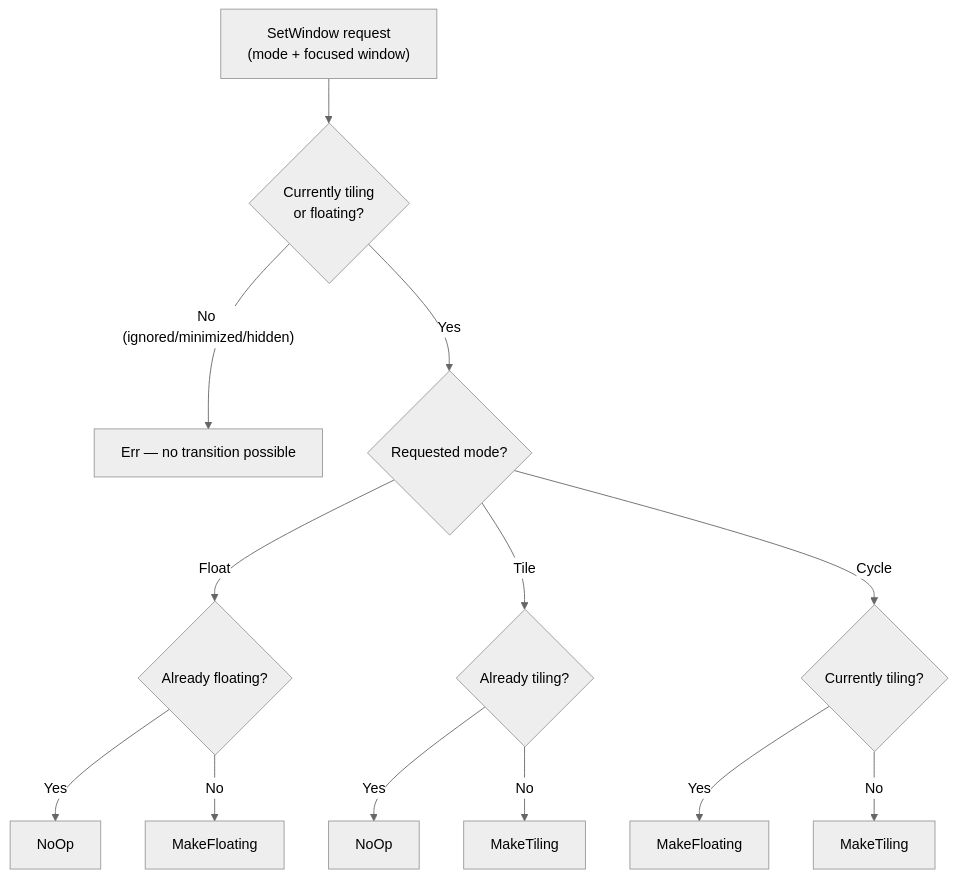
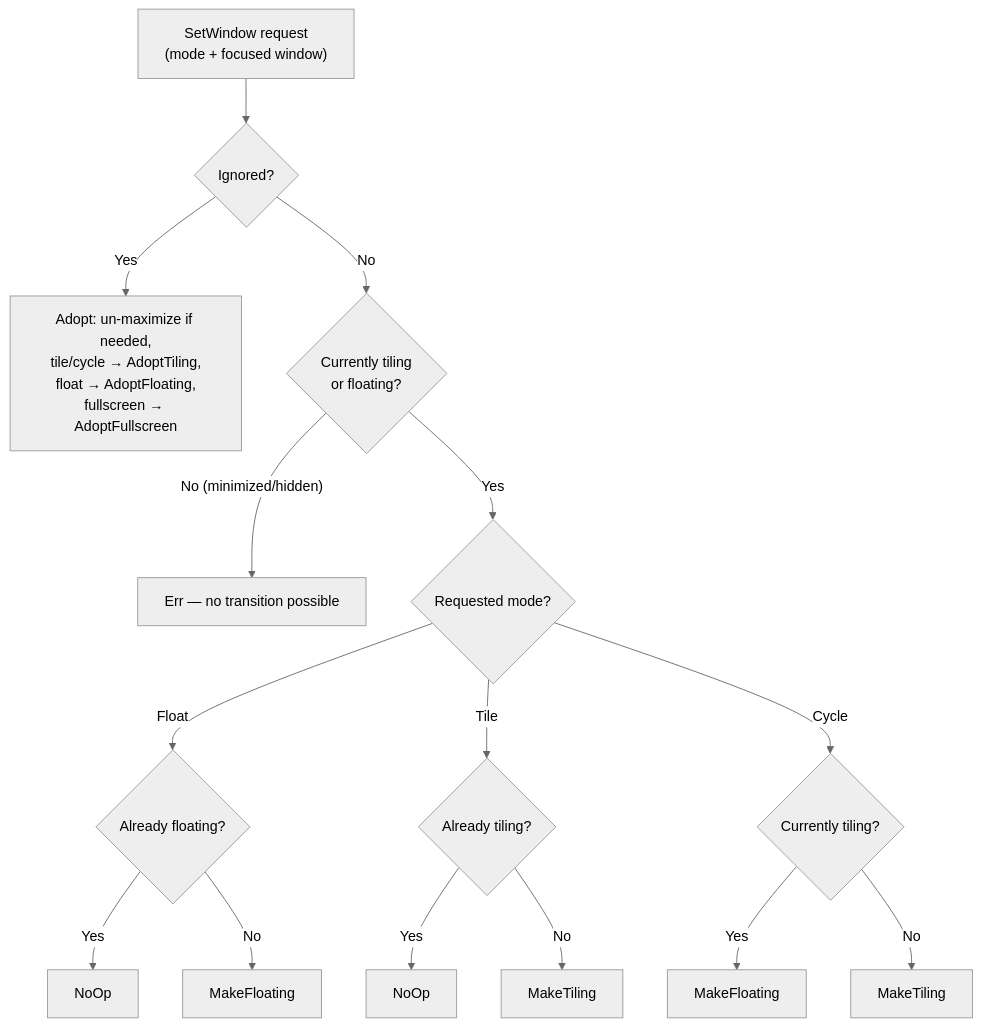
One commit to darth-feir/flow-wm-multi-monitor changed the sixth of 6 diagrams in docs/src/dev-guide/floating-space.md. Above: the diagram before and after it, drawn with Mermaid (neutral theme). The commit also changed other lines of this file and 17 other files, not shown here.

````diff
--- a/docs/src/dev-guide/floating-space.md
+++ b/docs/src/dev-guide/floating-space.md
@@ -372,16 +372,18 @@
 ```mermaid
 flowchart TB
     REQ["SetWindow request<br/>(mode + focused window)"]
-    REQ --> CHECK{"Currently tiling<br/>or floating?"}
-    CHECK -- "No (ignored/minimized/hidden)" --> ERR["Err — no transition possible"]
+    REQ --> IGN{"Ignored?"}
+    IGN -- Yes --> ADOPT["Adopt: un-maximize if needed,<br/>tile/cycle → AdoptTiling,<br/>float → AdoptFloating,<br/>fullscreen → AdoptFullscreen"]
+    IGN -- No --> CHECK{"Currently tiling<br/>or floating?"}
+    CHECK -- "No (minimized/hidden)" --> ERR["Err — no transition possible"]
     CHECK -- Yes --> MODE{"Requested mode?"}
     MODE -- Float --> FCHECK{"Already floating?"}
     FCHECK -- Yes --> NOP1["NoOp"]
     FCHECK -- No --> MF["MakeFloating"]
     MODE -- Tile --> TCHECK{"Already tiling?"}
     TCHECK -- Yes --> NOP2["NoOp"]
     TCHECK -- No --> MT["MakeTiling"]
     MODE -- Cycle --> CCHECK{"Currently tiling?"}
     CCHECK -- Yes --> MF2["MakeFloating"]
     CCHECK -- No --> MT2["MakeTiling"]
 ```
````
